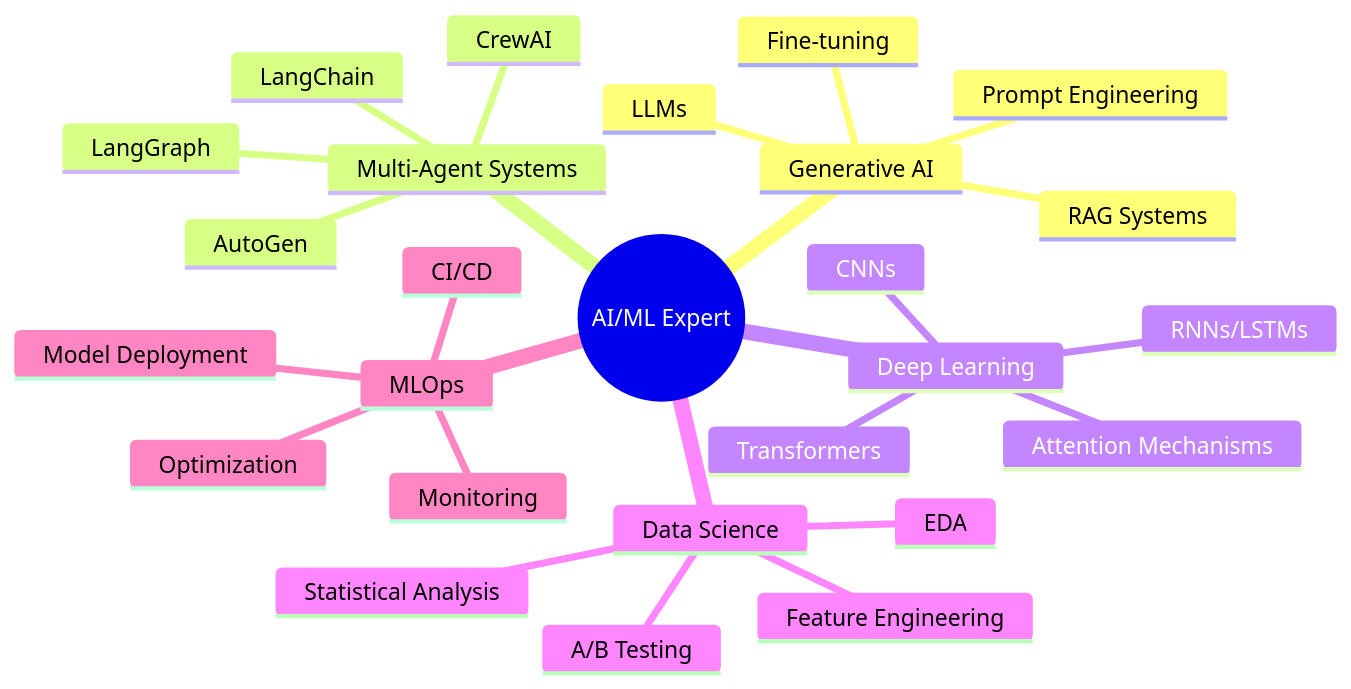
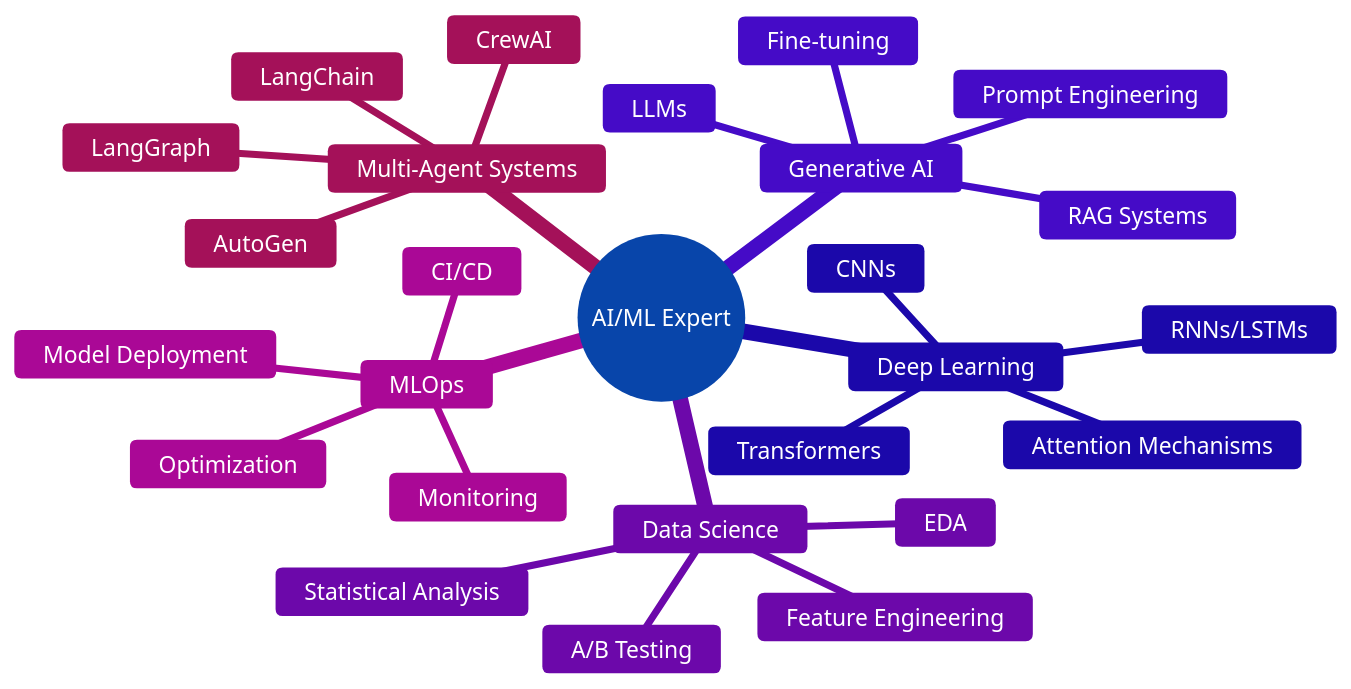
One commit to vipinvsist/vipinvsist changed the diagram in README.md. Above: the diagram before and after it, drawn with Mermaid. The commit also changed other lines of this file, not shown here.

````diff
--- a/README.md
+++ b/README.md
@@ -135,30 +140,30 @@
 ```mermaid
-%%{init: {'theme':'light', 'themeVariables': { 'primaryColor':'#6366F1', 'primaryTextColor':'#FFFFFF', 'primaryBorderColor':'#8B5CF6', 'lineColor':'#EC4899', 'secondaryColor':'#10B981', 'tertiaryColor':'#F59E0B'}}}%%
+%%{init: {'theme':'base', 'themeVariables': { 'primaryColor':'#3b82f6', 'primaryTextColor':'#ffffff', 'primaryBorderColor':'#2563eb', 'lineColor':'#6366f1', 'secondaryColor':'#8b5cf6', 'secondaryTextColor':'#ffffff', 'tertiaryColor':'#ec4899', 'tertiaryTextColor':'#ffffff', 'fontSize':'16px', 'fontFamily':'arial'}}}%%
 mindmap
   root((AI/ML Expert))
     Generative AI
       LLMs
       Prompt Engineering
       Fine-tuning
       RAG Systems
     Multi-Agent Systems
       LangChain
       LangGraph
       CrewAI
       AutoGen
     Deep Learning
       CNNs
       RNNs/LSTMs
       Transformers
       Attention Mechanisms
     Data Science
       EDA
       Feature Engineering
       Statistical Analysis
       A/B Testing
     MLOps
       Model Deployment
       CI/CD
       Monitoring
       Optimization
 ```
````
